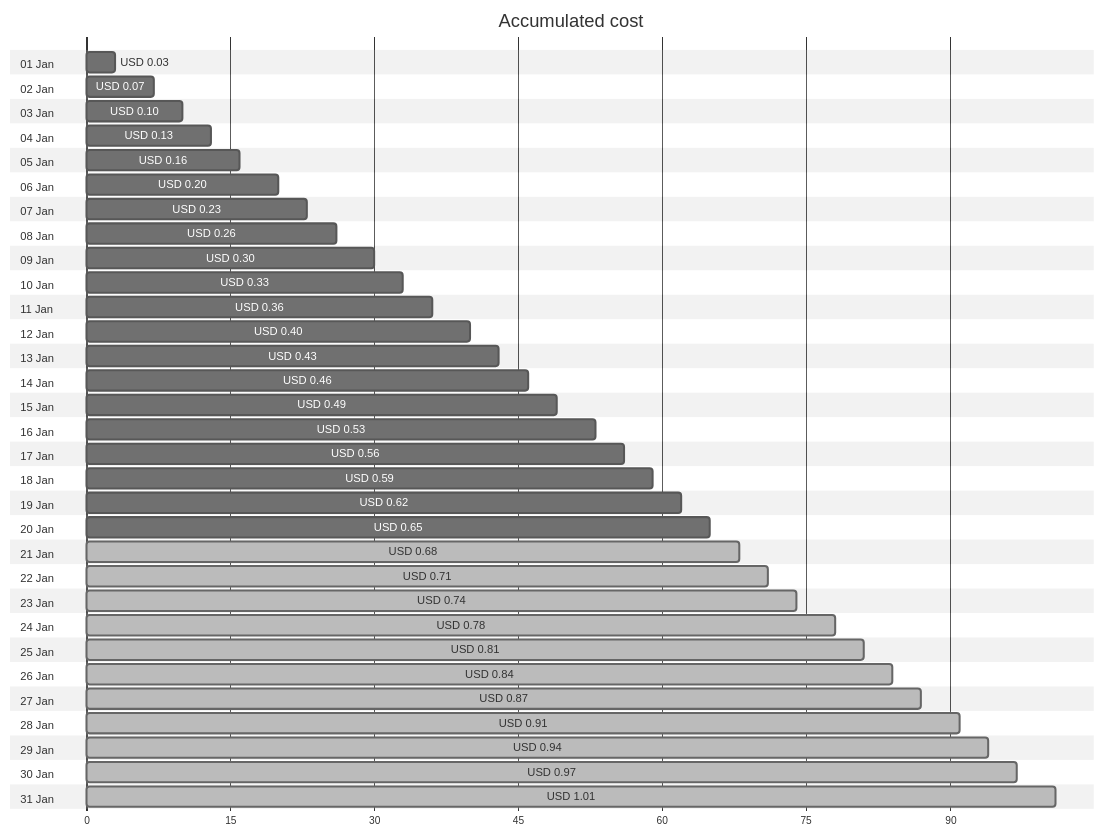
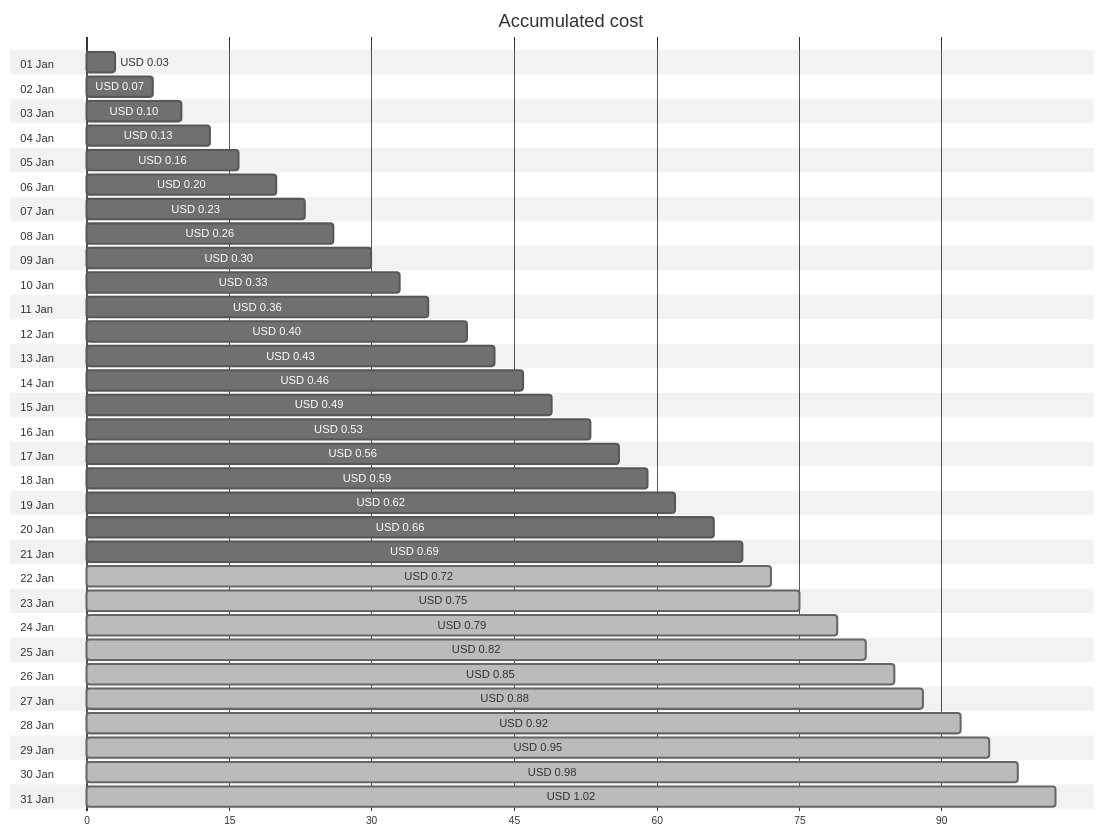
One commit to jpfulton/azure-personal-reports changed the first of 4 diagrams in cost-reports/personal-dns/README.md. Above: the diagram before and after it, drawn with Mermaid (neutral theme). The commit also changed other lines of this file and 2 other files, not shown here.

Commit message:
Generated reports [skip ci]

````diff
--- a/cost-reports/personal-dns/README.md
+++ b/cost-reports/personal-dns/README.md
@@ -20,68 +20,68 @@
 ```mermaid
 gantt
    title Accumulated cost
    dateFormat  X
    axisFormat %s
    section 01 Jan
    USD 0.03 :0, 3
    section 02 Jan
    USD 0.07 :0, 7
    section 03 Jan
    USD 0.10 :0, 10
    section 04 Jan
    USD 0.13 :0, 13
    section 05 Jan
    USD 0.16 :0, 16
    section 06 Jan
    USD 0.20 :0, 20
    section 07 Jan
    USD 0.23 :0, 23
    section 08 Jan
    USD 0.26 :0, 26
    section 09 Jan
    USD 0.30 :0, 30
    section 10 Jan
    USD 0.33 :0, 33
    section 11 Jan
    USD 0.36 :0, 36
    section 12 Jan
    USD 0.40 :0, 40
    section 13 Jan
    USD 0.43 :0, 43
    section 14 Jan
    USD 0.46 :0, 46
    section 15 Jan
    USD 0.49 :0, 49
    section 16 Jan
    USD 0.53 :0, 53
    section 17 Jan
    USD 0.56 :0, 56
    section 18 Jan
    USD 0.59 :0, 59
    section 19 Jan
    USD 0.62 :0, 62
    section 20 Jan
-   USD 0.65 :0, 65
+   USD 0.66 :0, 66
    section 21 Jan
-   USD 0.68 : done, 0, 68
+   USD 0.69 :0, 69
    section 22 Jan
-   USD 0.71 : done, 0, 71
+   USD 0.72 : done, 0, 72
    section 23 Jan
-   USD 0.74 : done, 0, 74
+   USD 0.75 : done, 0, 75
    section 24 Jan
-   USD 0.78 : done, 0, 78
+   USD 0.79 : done, 0, 79
    section 25 Jan
-   USD 0.81 : done, 0, 81
+   USD 0.82 : done, 0, 82
    section 26 Jan
-   USD 0.84 : done, 0, 84
+   USD 0.85 : done, 0, 85
    section 27 Jan
-   USD 0.87 : done, 0, 87
+   USD 0.88 : done, 0, 88
    section 28 Jan
-   USD 0.91 : done, 0, 91
+   USD 0.92 : done, 0, 92
    section 29 Jan
-   USD 0.94 : done, 0, 94
+   USD 0.95 : done, 0, 95
    section 30 Jan
-   USD 0.97 : done, 0, 97
+   USD 0.98 : done, 0, 98
    section 31 Jan
-   USD 1.01 : done, 0, 101
+   USD 1.02 : done, 0, 102
 ```
````
